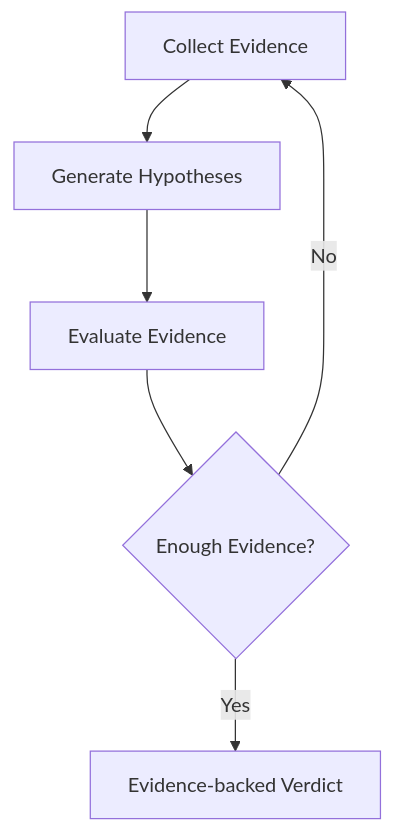
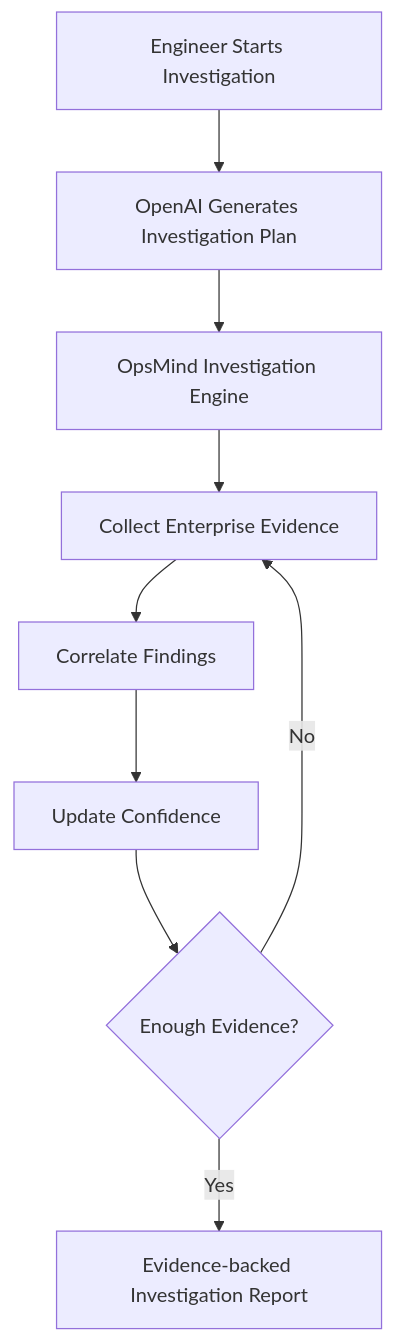
Before and after one commit to HungryBrain-bot/opsmind-hackathon: the third of 6 diagrams in README.md, drawn with Mermaid. The commit also changed other lines of this file, not shown here.

First line of the commit message:
Enhance README with demo and investigation details

````diff
--- a/README.md
+++ b/README.md
@@ -276,10 +288,14 @@
 ```mermaid
 flowchart TD
-A[Collect Evidence]
--->B[Generate Hypotheses]
--->C[Evaluate Evidence]
--->D{Enough Evidence?}
 
-D -- No --> A
-D -- Yes --> E[Evidence-backed Verdict]
+A[Engineer Starts Investigation]
+--> B[OpenAI Generates Investigation Plan]
+--> C[OpsMind Investigation Engine]
+--> D[Collect Enterprise Evidence]
+--> E[Correlate Findings]
+--> F[Update Confidence]
+--> G{Enough Evidence?}
+
+G -- No --> D
+G -- Yes --> H[Evidence-backed Investigation Report]
 ```
````
